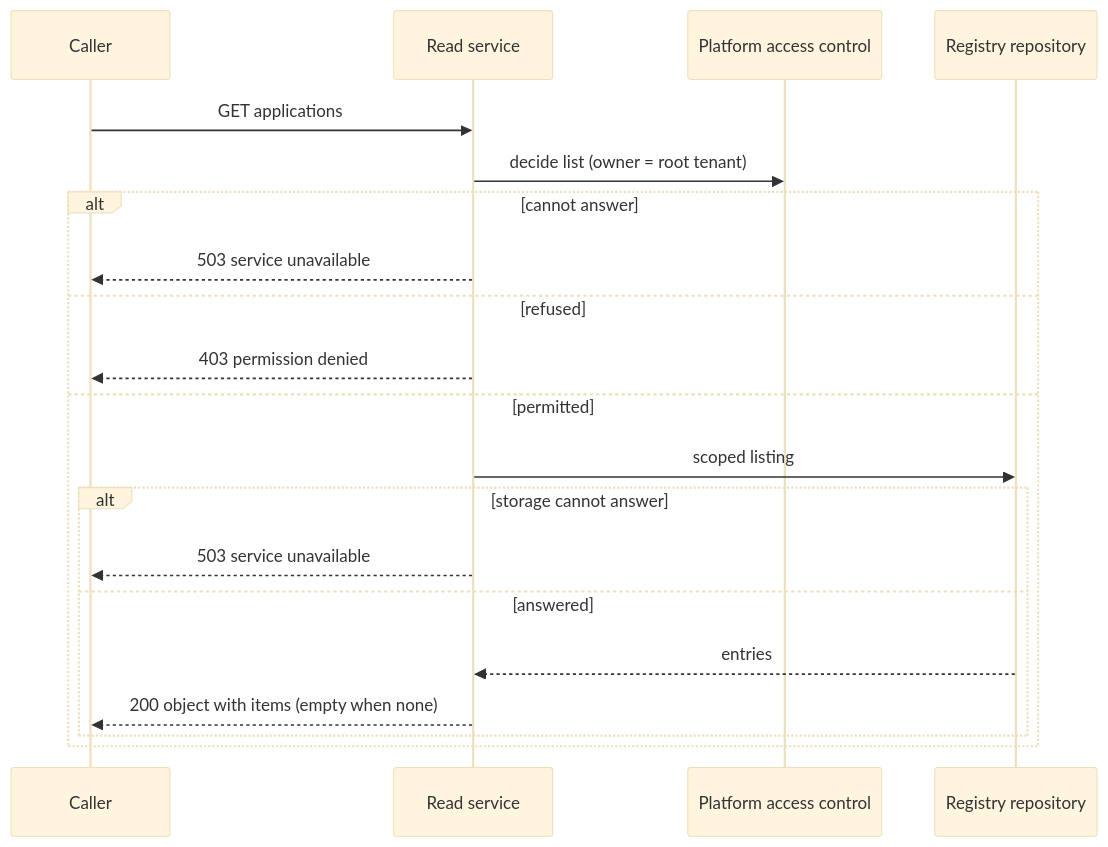
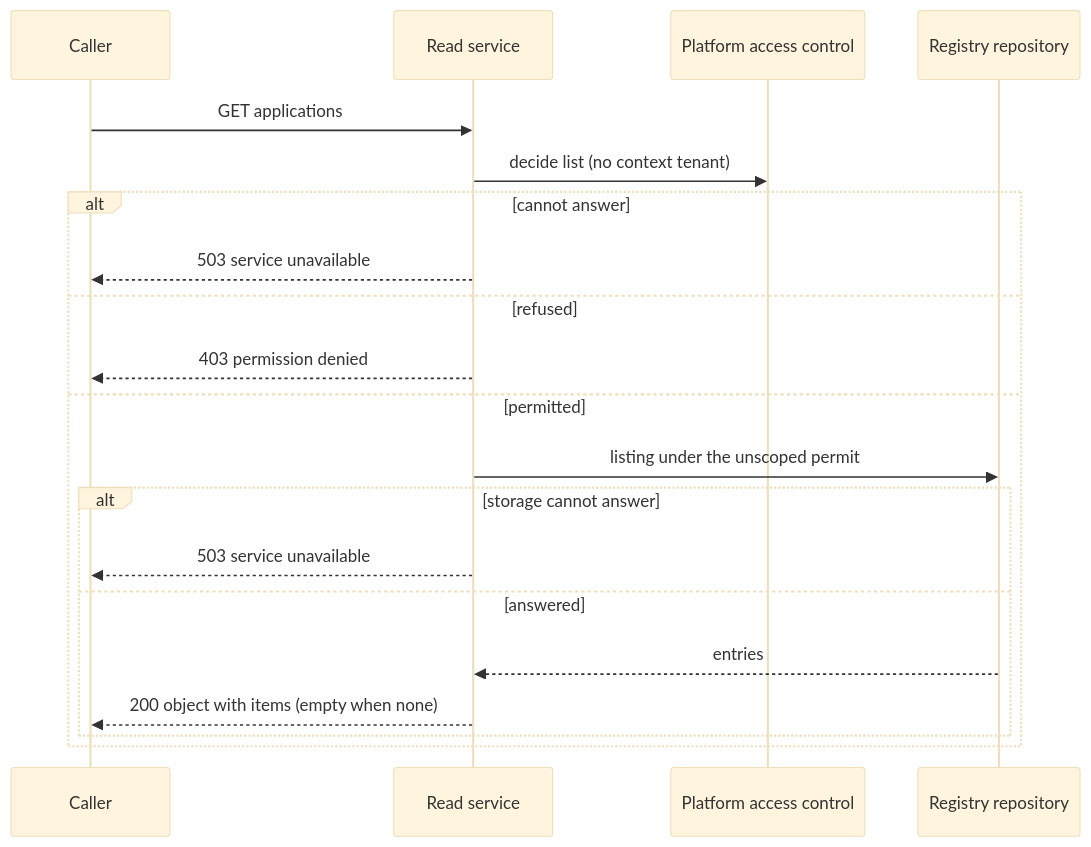
One commit to CommName/gears-rust changed the seventh of 9 diagrams in gears/system/application-manager/docs/DESIGN.md. Above: the diagram before and after it, drawn with Mermaid (base theme). The commit also changed other lines of this file and 7 other files, not shown here.

Commit message:
docs(application-manager): P0 align docs — no startup retry, no root tenant (ADR 0007), fix review findings

````diff
--- a/gears/system/application-manager/docs/DESIGN.md
+++ b/gears/system/application-manager/docs/DESIGN.md
@@ -1153,22 +1142,22 @@
 ```mermaid
 sequenceDiagram
     participant C as Caller
     participant RS as Read service
     participant PDP as Platform access control
     participant R as Registry repository
     C ->> RS: GET applications
-    RS ->> PDP: decide list (owner = root tenant)
+    RS ->> PDP: decide list (no context tenant)
     alt cannot answer
         RS -->> C: 503 service unavailable
     else refused
         RS -->> C: 403 permission denied
     else permitted
-        RS ->> R: scoped listing
+        RS ->> R: listing under the unscoped permit
         alt storage cannot answer
             RS -->> C: 503 service unavailable
         else answered
             R -->> RS: entries
             RS -->> C: 200 object with items (empty when none)
         end
     end
 ```
````
